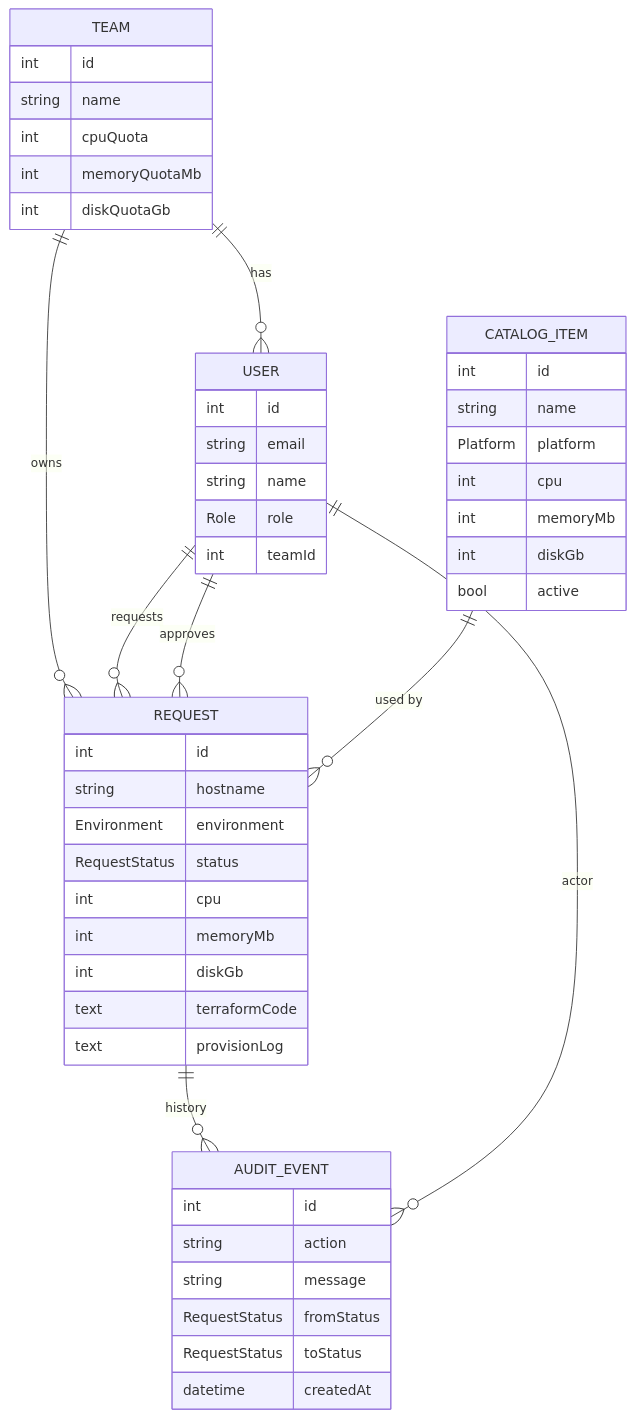
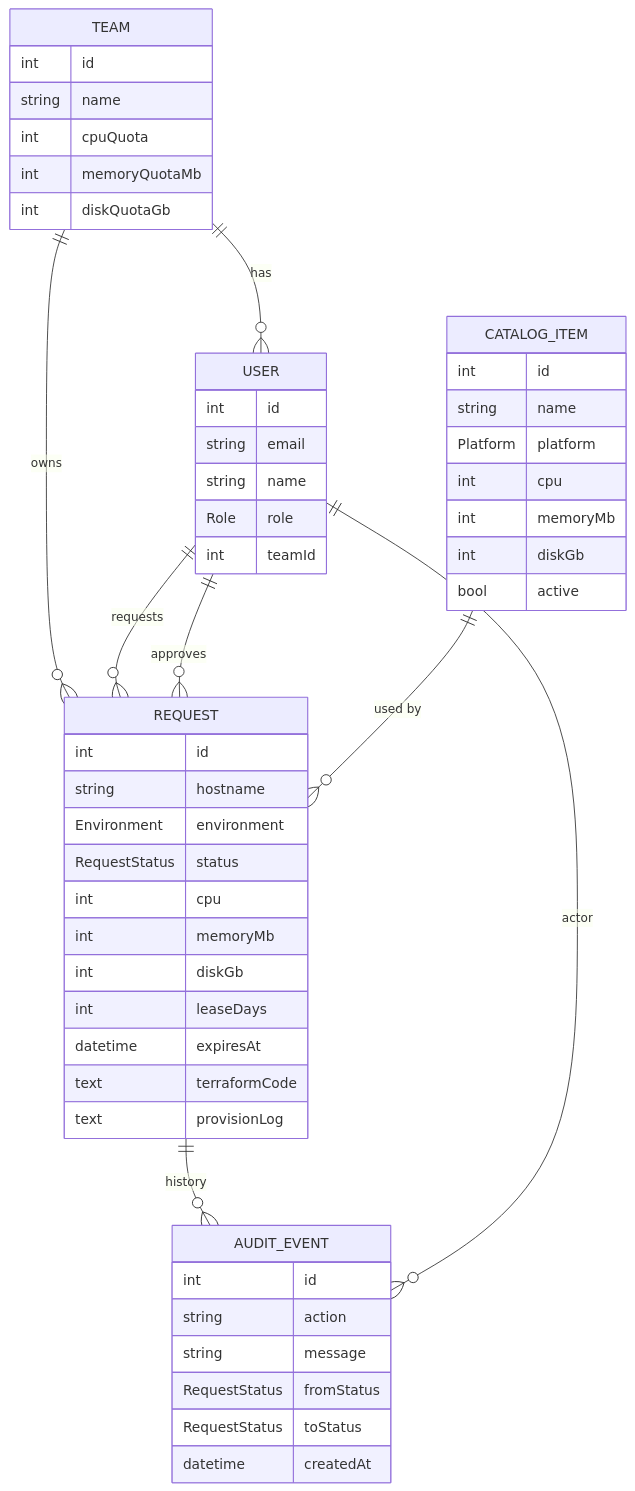
The fourth of 4 diagrams in docs/architecture.md (Muthujar/infra-portal), drawn with Mermaid before and after one commit. The commit also changed other lines of this file and 25 other files, not shown here.

First line of the commit message:
Add submission package: index, diagram images, Windows setup guide, presentation

````diff
--- a/docs/architecture.md
+++ b/docs/architecture.md
@@ -124,16 +128,16 @@
 ```mermaid
 erDiagram
     TEAM ||--o{ USER : has
     TEAM ||--o{ REQUEST : owns
     USER ||--o{ REQUEST : "requests"
     USER ||--o{ REQUEST : "approves"
     CATALOG_ITEM ||--o{ REQUEST : "used by"
     REQUEST ||--o{ AUDIT_EVENT : history
     USER ||--o{ AUDIT_EVENT : "actor"
 
     TEAM { int id string name int cpuQuota int memoryQuotaMb int diskQuotaGb }
     USER { int id string email string name Role role int teamId }
     CATALOG_ITEM { int id string name Platform platform int cpu int memoryMb int diskGb bool active }
-    REQUEST { int id string hostname Environment environment RequestStatus status int cpu int memoryMb int diskGb text terraformCode text provisionLog }
+    REQUEST { int id string hostname Environment environment RequestStatus status int cpu int memoryMb int diskGb int leaseDays datetime expiresAt text terraformCode text provisionLog }
     AUDIT_EVENT { int id string action string message RequestStatus fromStatus RequestStatus toStatus datetime createdAt }
 ```
````
